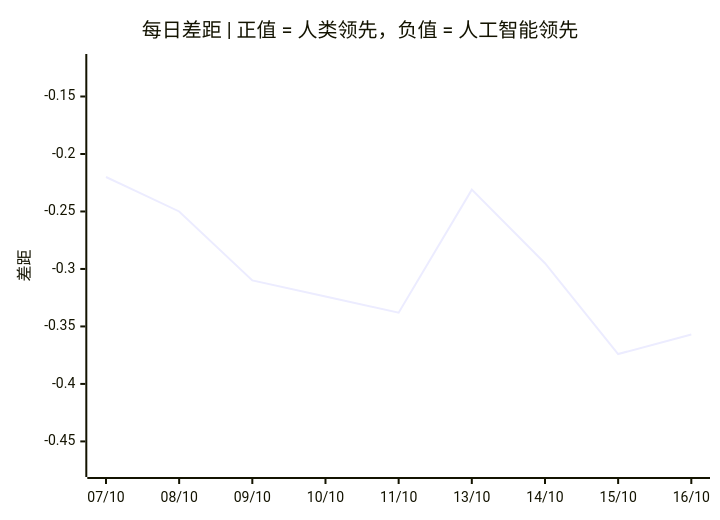
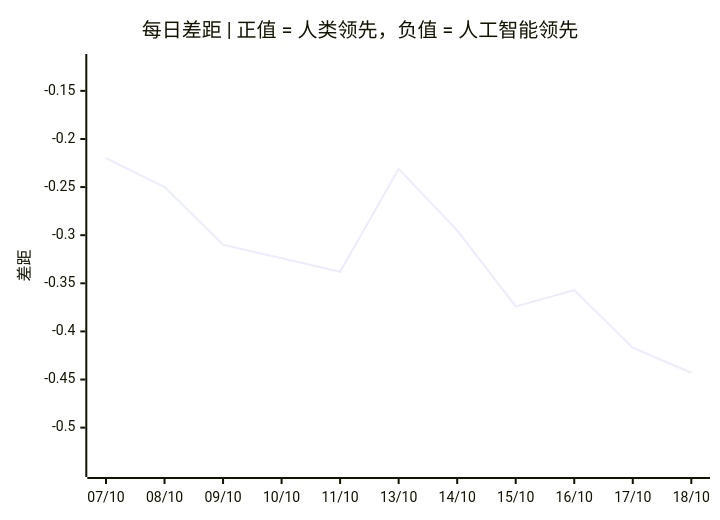
Before and after one commit to VQQLK/Human-AI-Monitor: the third of 3 diagrams in README.zh.md, drawn with Mermaid. The commit also changed other lines of this file and 10 other files, not shown here.

````diff
--- a/README.zh.md
+++ b/README.zh.md
@@ -56,7 +56,7 @@
 ```mermaid
 xychart-beta
     title "每日差距 | 正值 = 人类领先，负值 = 人工智能领先"
-    x-axis ["07/10", "08/10", "09/10", "10/10", "11/10", "13/10", "14/10", "15/10", "16/10"]
-    y-axis "差距" -0.474 --> -0.120
-    line [-0.220, -0.250, -0.310, -0.324, -0.338, -0.231, -0.295, -0.374, -0.357]
+    x-axis ["07/10", "08/10", "09/10", "10/10", "11/10", "13/10", "14/10", "15/10", "16/10", "17/10", "18/10"]
+    y-axis "差距" -0.543 --> -0.120
+    line [-0.220, -0.250, -0.310, -0.324, -0.338, -0.231, -0.295, -0.374, -0.357, -0.417, -0.443]
 ```
````
